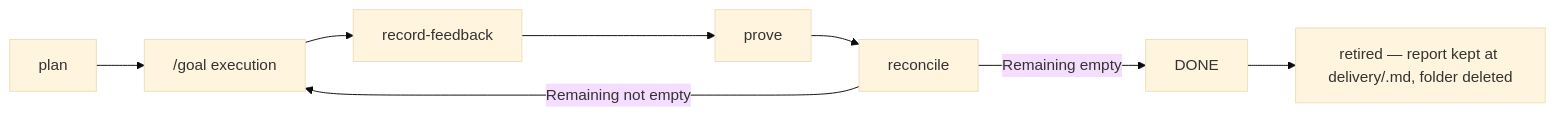
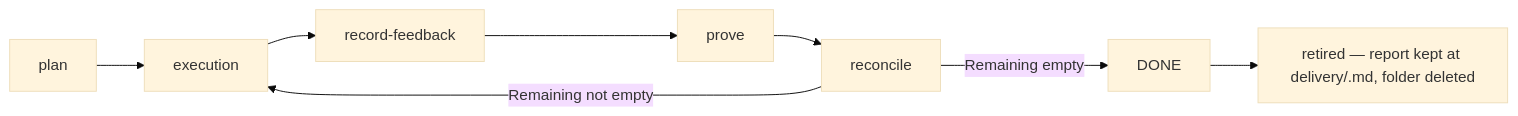
One commit to tailrocks/tailrocks-skills changed the diagram in AGENTS.md. Above: the diagram before and after it, drawn with Mermaid (base theme). The commit also changed other lines of this file and 36 other files, not shown here.

````diff
--- a/AGENTS.md
+++ b/AGENTS.md
@@ -628,7 +628,7 @@
 ```mermaid
 flowchart LR
-  plan --> exec["/goal execution"] --> feedback["record-feedback"]
+  plan --> exec["execution"] --> feedback["record-feedback"]
   feedback --> prove --> reconcile
   reconcile -->|Remaining not empty| exec
   reconcile -->|Remaining empty| done["DONE"] --> retire["retired — report kept at delivery/<slug>.md, folder deleted"]
 ```
````
